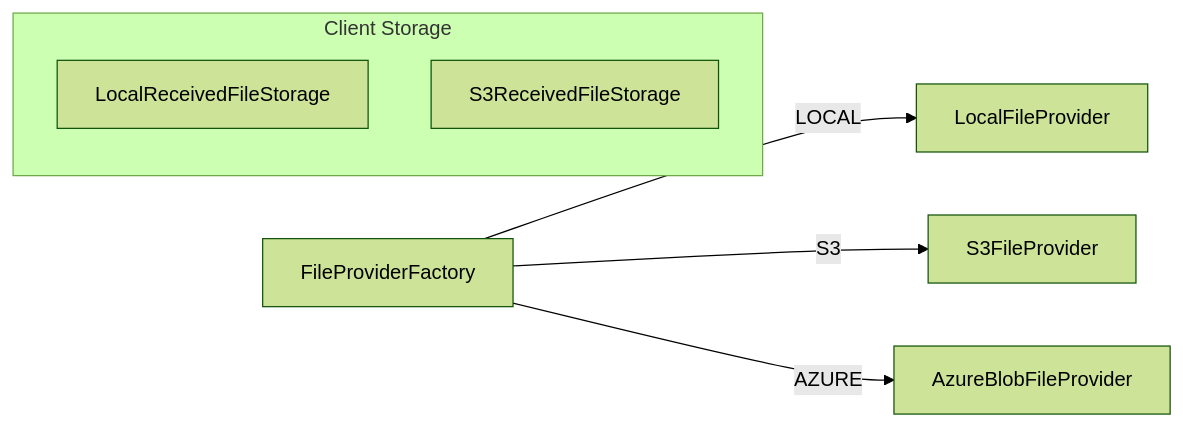
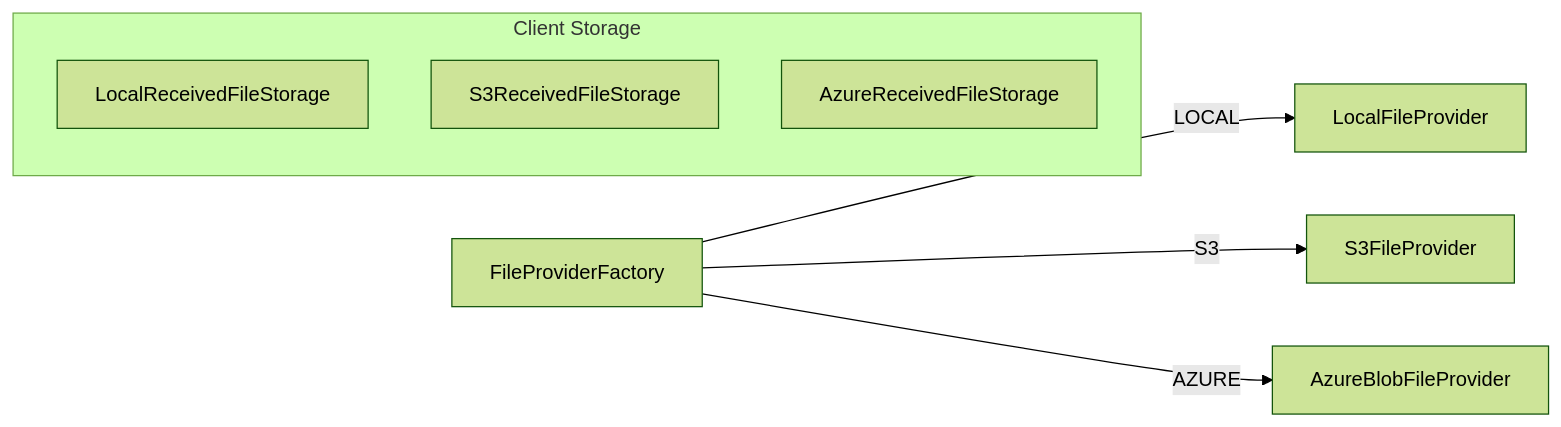
Before and after one commit to National-Digital-Twin/federator: the fifth of 9 diagrams in docs/FILE_STREAMINING_README.md, drawn with Mermaid (forest theme). The commit also changed other lines of this file and 15 other files, not shown here.

Commit message:
DPAV-2110-azure-file-storage-consumer

````diff
--- a/docs/FILE_STREAMINING_README.md
+++ b/docs/FILE_STREAMINING_README.md
@@ -282,10 +319,11 @@
 ```mermaid
 flowchart LR
     FP[FileProviderFactory] -->|LOCAL| L[LocalFileProvider]
     FP -->|S3| S[S3FileProvider]
     FP -->|AZURE| A[AzureBlobFileProvider]
     subgraph Client Storage
       CS1[LocalReceivedFileStorage]
       CS2[S3ReceivedFileStorage]
+      CS3[AzureReceivedFileStorage]
     end
 ```
````
